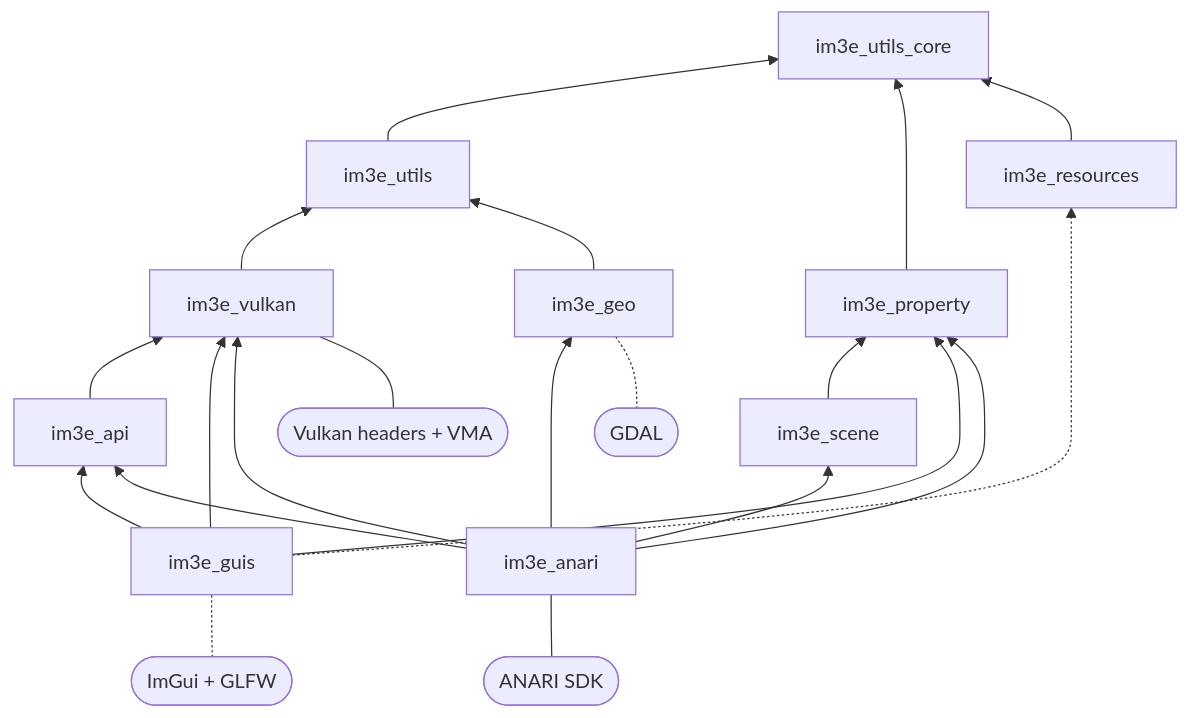
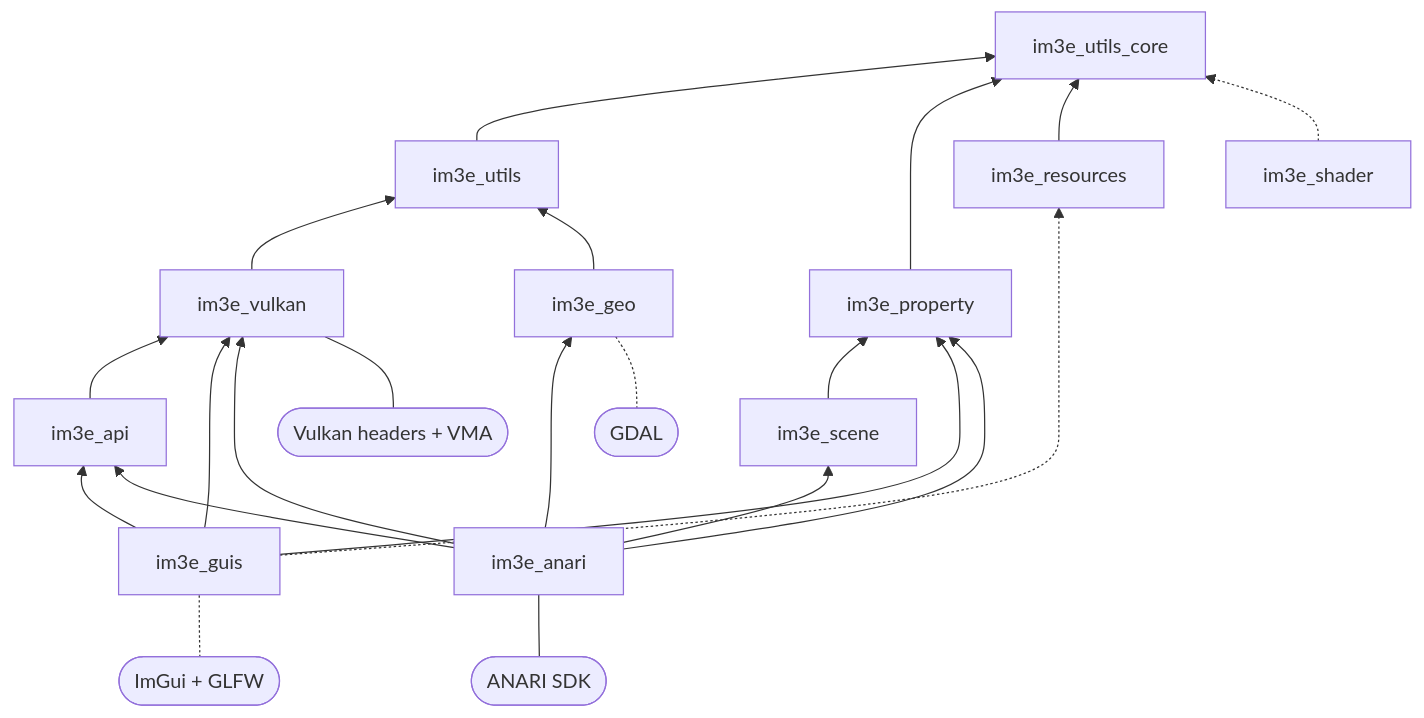
One commit to lmt-dev-inc/icymoon changed the first of 2 diagrams in docs/architecture/index.md. Above: the diagram before and after it, drawn with Mermaid. The commit also changed other lines of this file and 9 other files, not shown here.

````diff
--- a/docs/architecture/index.md
+++ b/docs/architecture/index.md
@@ -74,35 +74,37 @@
 ```mermaid
 flowchart BT
     core[im3e_utils_core]
     props[im3e_property]
     utils[im3e_utils]
     api[im3e_api]
     vulkan[im3e_vulkan]
     geo[im3e_geo]
     scene[im3e_scene]
+    shader[im3e_shader]
     resources[im3e_resources]
     guis[im3e_guis]
     anari[im3e_anari]
 
     utils --> core
     props --> core
     resources --> core
     vulkan --> utils
     api --> vulkan
     geo --> utils
     scene --> props
+    shader -.-> core
     guis --> api
     guis --> props
     guis --> vulkan
     guis -.-> resources
     anari --> api
     anari --> vulkan
     anari --> geo
     anari --> props
     anari --> scene
 
     gdal([GDAL]) -.- geo
     anarisdk([ANARI SDK]) --- anari
     imgui([ImGui + GLFW]) -.- guis
     vk([Vulkan headers + VMA]) --- vulkan
 ```
````
